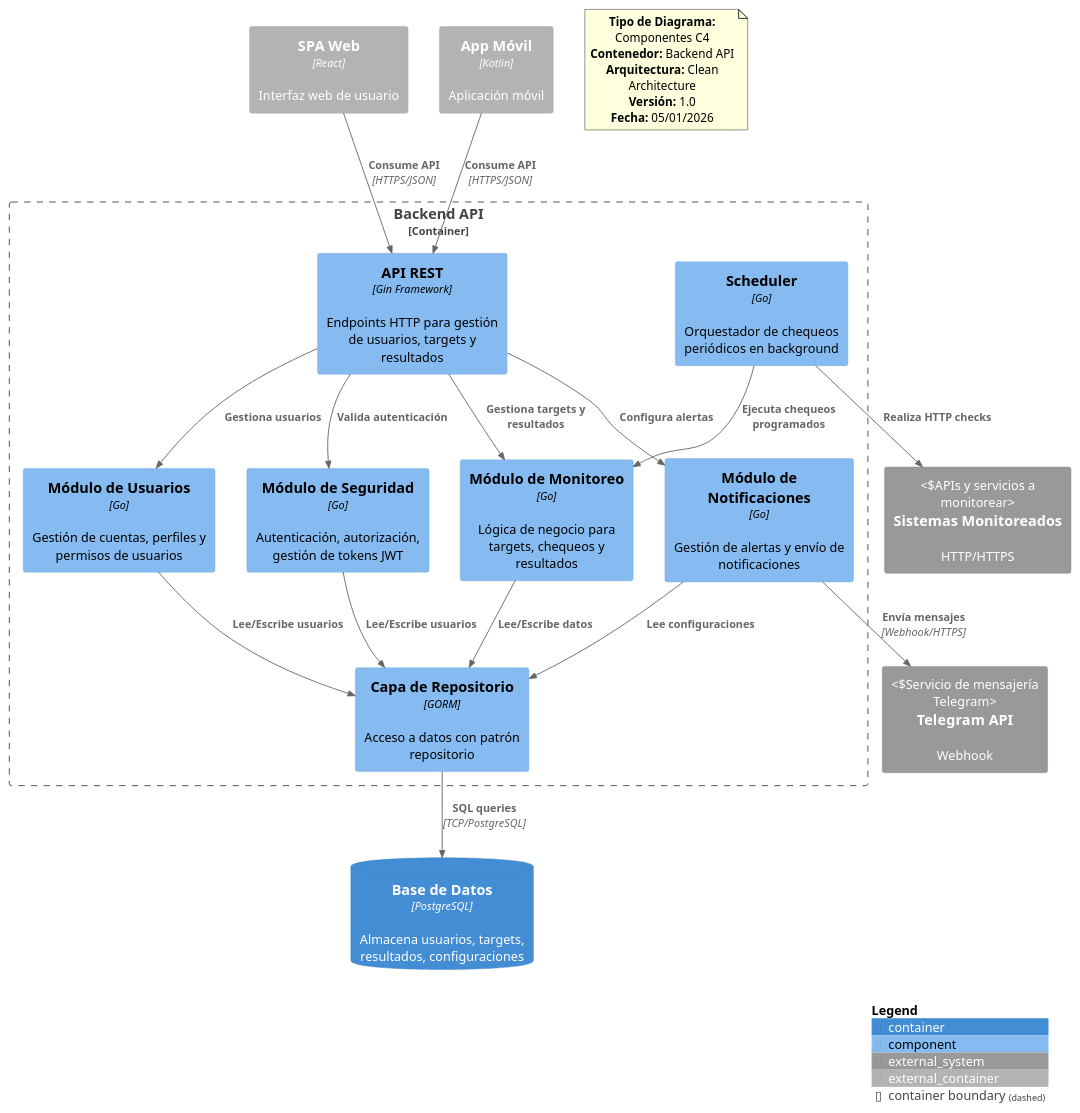
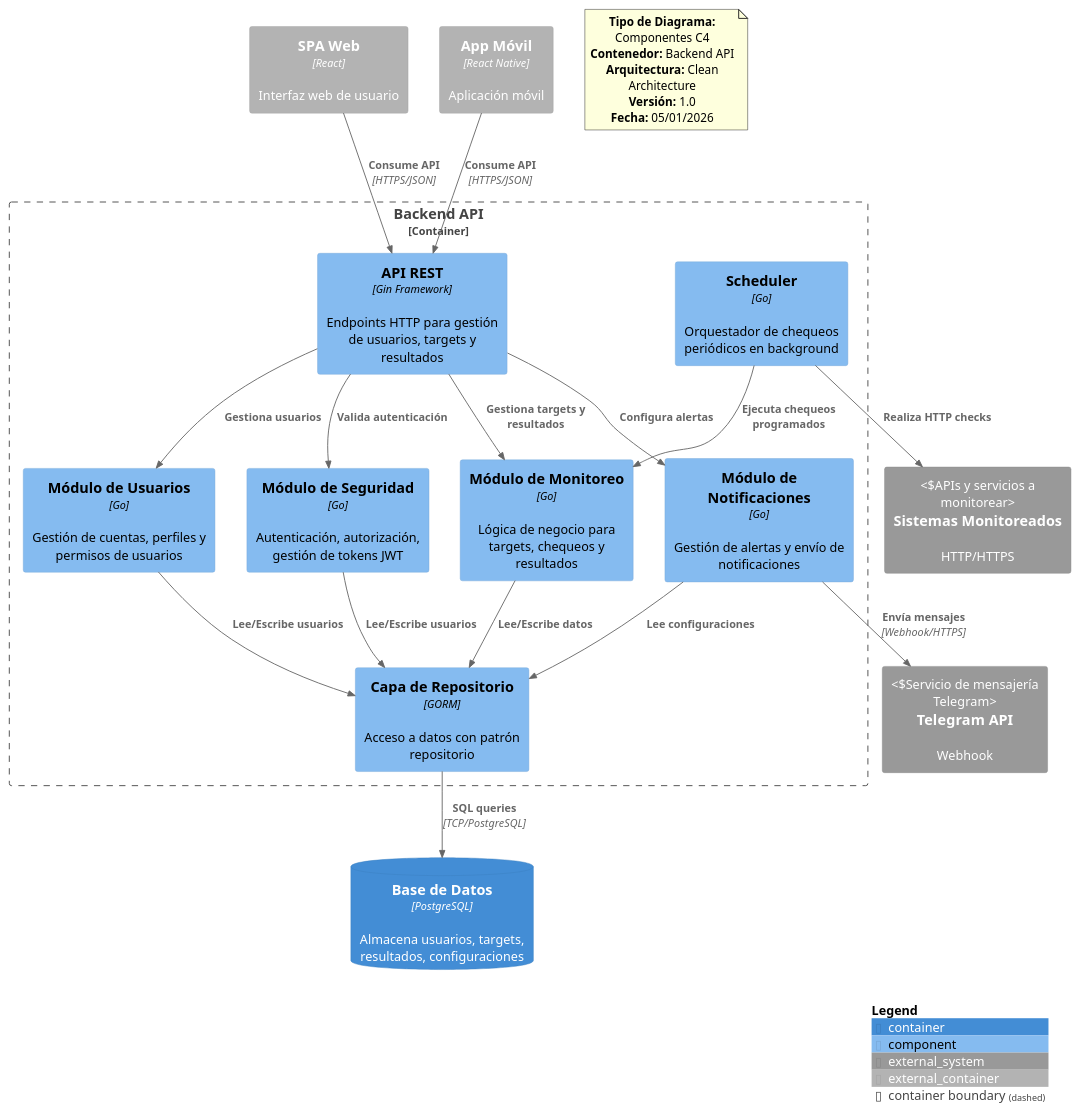
Before and after one commit to DavosJar/uptrack: the diagram in docs/diagrams/c4_level_3.puml, drawn with PlantUML. The commit also changed 44 other files, not shown here.

```diff
--- a/docs/diagrams/c4_level_3.puml
+++ b/docs/diagrams/c4_level_3.puml
@@ -1,55 +1,55 @@
 @startuml Diagrama de Componentes C4 - Backend UpTrackAI
 !include https://raw.githubusercontent.com/plantuml-stdlib/C4-PlantUML/master/C4_Component.puml
 
 Container_Boundary(backend, "Backend API") {
     Component(api, "API REST", "Gin Framework", "Endpoints HTTP para gestión de usuarios, targets y resultados")
     
     Component(auth, "Módulo de Seguridad", "Go", "Autenticación, autorización, gestión de tokens JWT")
     
     Component(user, "Módulo de Usuarios", "Go", "Gestión de cuentas, perfiles y permisos de usuarios")
     
     Component(monitoring, "Módulo de Monitoreo", "Go", "Lógica de negocio para targets, chequeos y resultados")
     
     Component(notifications, "Módulo de Notificaciones", "Go", "Gestión de alertas y envío de notificaciones")
     
     Component(scheduler, "Scheduler", "Go", "Orquestador de chequeos periódicos en background")
     
     Component(repository, "Capa de Repositorio", "GORM", "Acceso a datos con patrón repositorio")
 }
 
 ContainerDb(db, "Base de Datos", "PostgreSQL", "Almacena usuarios, targets, resultados, configuraciones")
 
 Container_Ext(spa, "SPA Web", "React", "Interfaz web de usuario")
 
-Container_Ext(mobile, "App Móvil", "Kotlin", "Aplicación móvil")
+Container_Ext(mobile, "App Móvil", "React Native", "Aplicación móvil")
 
 System_Ext(telegram, "Telegram API", "Webhook", "Servicio de mensajería Telegram")
 
 System_Ext(sistemasExternos, "Sistemas Monitoreados", "HTTP/HTTPS", "APIs y servicios a monitorear")
 
 Rel(spa, api, "Consume API", "HTTPS/JSON")
 Rel(mobile, api, "Consume API", "HTTPS/JSON")
 Rel(api, auth, "Valida autenticación")
 Rel(api, user, "Gestiona usuarios")
 Rel(api, monitoring, "Gestiona targets y resultados")
 Rel(api, notifications, "Configura alertas")
 Rel(user, repository, "Lee/Escribe usuarios")
 Rel(monitoring, repository, "Lee/Escribe datos")
 Rel(auth, repository, "Lee/Escribe usuarios")
 Rel(notifications, repository, "Lee configuraciones")
 Rel(repository, db, "SQL queries", "TCP/PostgreSQL")
 Rel(scheduler, monitoring, "Ejecuta chequeos programados")
 Rel(scheduler, sistemasExternos, "Realiza HTTP checks")
 Rel(notifications, telegram, "Envía mensajes", "Webhook/HTTPS")
 
 note as Info
     **Tipo de Diagrama:** Componentes C4
     **Contenedor:** Backend API
     **Arquitectura:** Clean Architecture
     **Versión:** 1.0
     **Fecha:** 05/01/2026
 end note
 
 SHOW_LEGEND()
 
 @enduml
```
